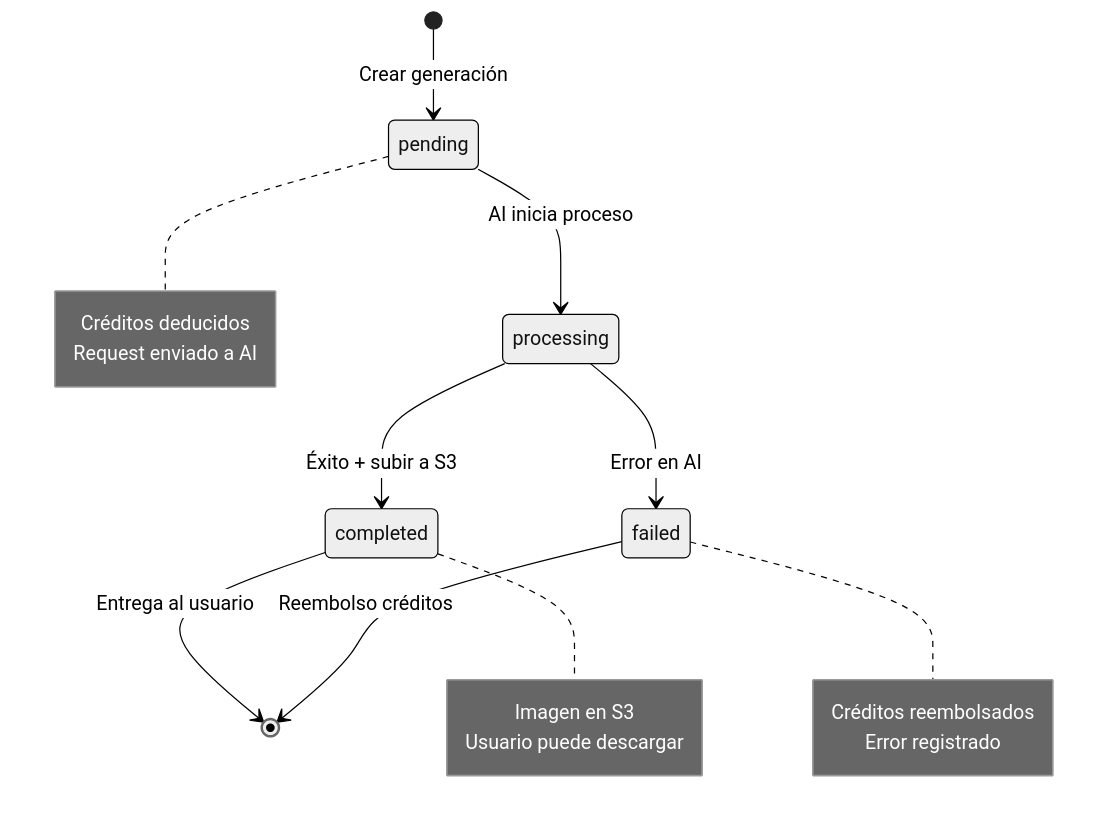
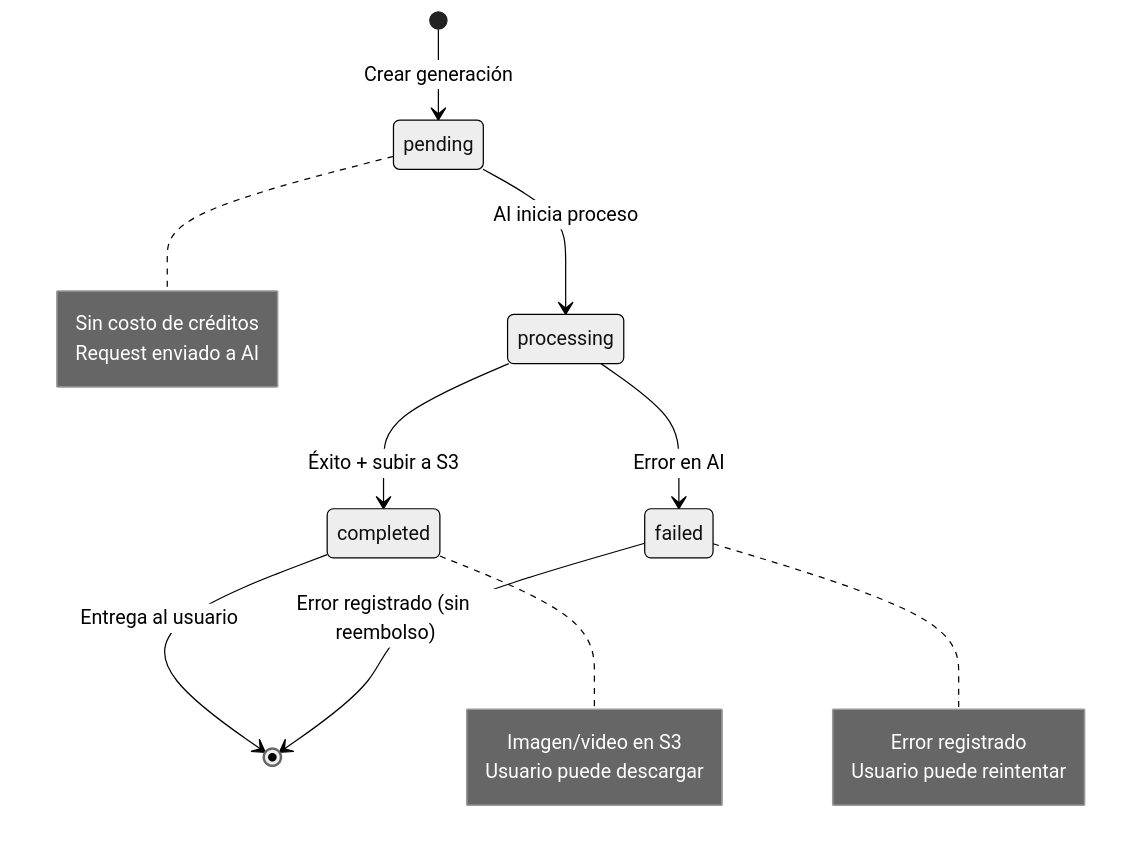
Before and after one commit to davitpra/backend-claw-and-soul-: the tenth of 14 diagrams in FLUJOS.md, drawn with Mermaid (neutral theme). The commit also changed other lines of this file and 3 other files, not shown here.

Commit message:
feat(auth): update JWT strategy, guards, filters and flow documentation

````diff
--- a/FLUJOS.md
+++ b/FLUJOS.md
@@ -227,24 +320,24 @@
 ```mermaid
 stateDiagram-v2
     [*] --> pending: Crear generación
     pending --> processing: AI inicia proceso
     processing --> completed: Éxito + subir a S3
     processing --> failed: Error en AI
-    failed --> [*]: Reembolso créditos
+    failed --> [*]: Error registrado (sin reembolso)
     completed --> [*]: Entrega al usuario
 
     note right of pending
-        Créditos deducidos
+        Sin costo de créditos
         Request enviado a AI
     end note
 
     note right of completed
-        Imagen en S3
+        Imagen/video en S3
         Usuario puede descargar
     end note
 
     note right of failed
-        Créditos reembolsados
         Error registrado
+        Usuario puede reintentar
     end note
 ```
````
